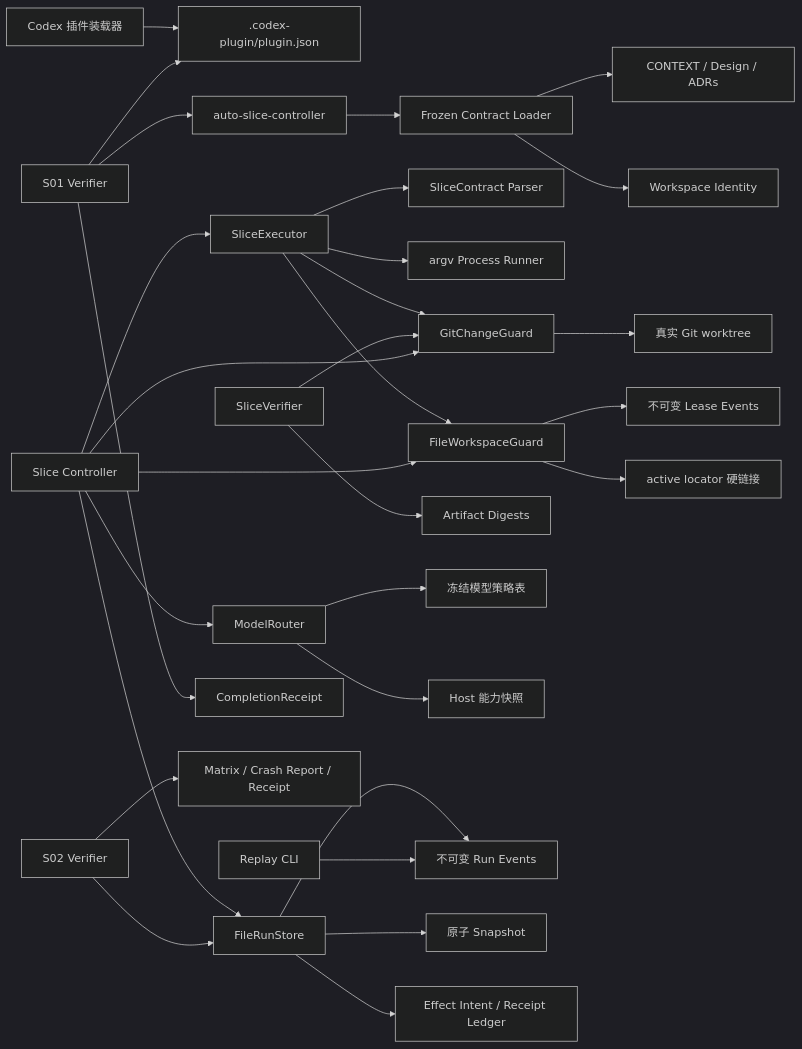
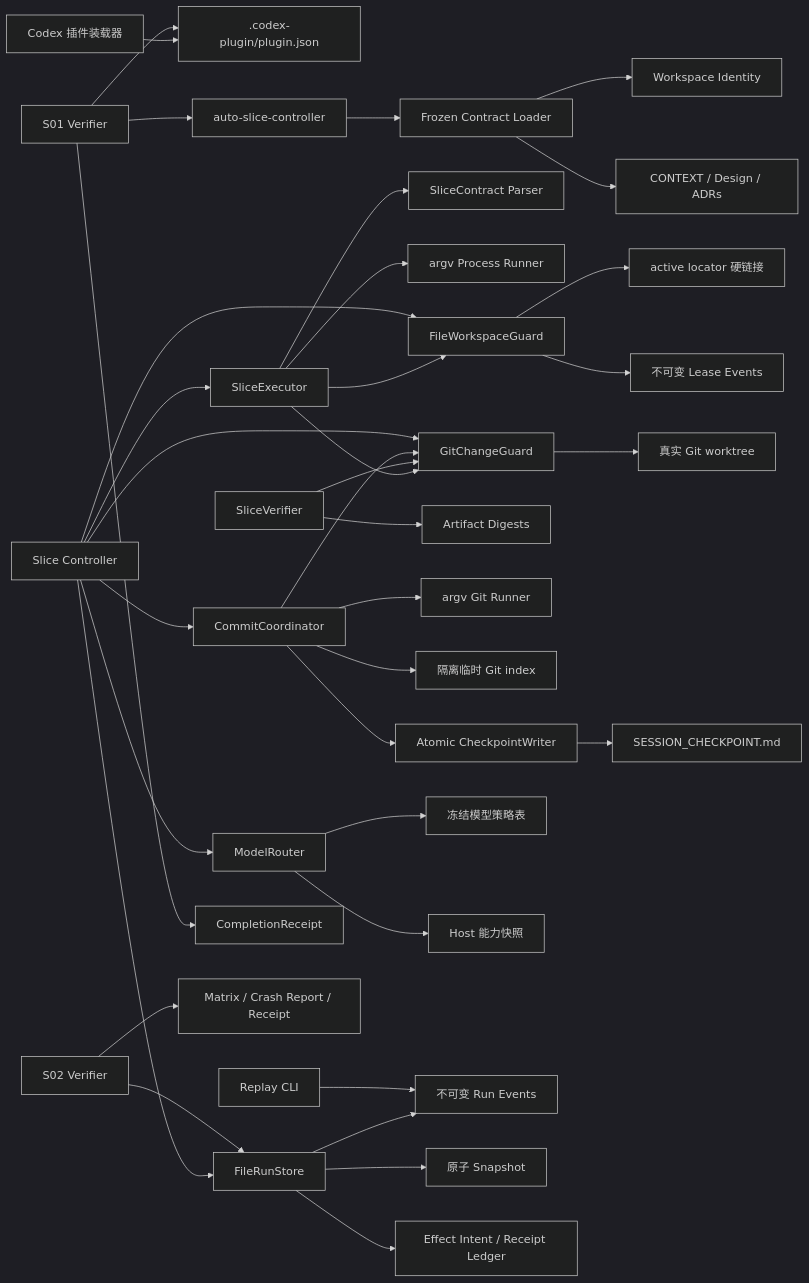
The diagram in docs/架构.md (adaelon/auto-slice), drawn with Mermaid (dark theme) before and after one commit. The commit also changed other lines of this file and 16 other files, not shown here.

Commit message:
feat: implement S06 commit and checkpoint coordination

````diff
--- a/docs/架构.md
+++ b/docs/架构.md
@@ -5,32 +5,38 @@
 ```mermaid
 flowchart LR
   Codex["Codex 插件装载器"] --> Manifest[".codex-plugin/plugin.json"]
   CLI["auto-slice-controller"] --> Loader["Frozen Contract Loader"]
   Loader --> Identity["Workspace Identity"]
   Loader --> Inputs["CONTEXT / Design / ADRs"]
   Controller["Slice Controller"] --> RunStore["FileRunStore"]
   Controller --> ModelRouter["ModelRouter"]
   Controller --> SliceExecutor["SliceExecutor"]
+  Controller --> CommitCoordinator["CommitCoordinator"]
   SliceExecutor --> ContractParser["SliceContract Parser"]
   SliceExecutor --> ProcessRunner["argv Process Runner"]
   SliceExecutor --> WorkspaceGuard
   SliceExecutor --> ChangeGuard
   SliceVerifier["SliceVerifier"] --> ChangeGuard
   SliceVerifier --> Artifacts["Artifact Digests"]
+  CommitCoordinator --> ChangeGuard
+  CommitCoordinator --> GitRunner["argv Git Runner"]
+  CommitCoordinator --> AlternateIndex["隔离临时 Git index"]
+  CommitCoordinator --> CheckpointWriter["Atomic CheckpointWriter"]
+  CheckpointWriter --> SessionCheckpoint["SESSION_CHECKPOINT.md"]
   ModelRouter --> PolicyTable["冻结模型策略表"]
   ModelRouter --> HostCapabilities["Host 能力快照"]
   RunStore --> Events["不可变 Run Events"]
   RunStore --> Snapshot["原子 Snapshot"]
   RunStore --> Effects["Effect Intent / Receipt Ledger"]
   Controller --> WorkspaceGuard["FileWorkspaceGuard"]
   WorkspaceGuard --> ActiveLease["active locator 硬链接"]
   WorkspaceGuard --> LeaseEvents["不可变 Lease Events"]
   Controller --> ChangeGuard["GitChangeGuard"]
   ChangeGuard --> Git["真实 Git worktree"]
   Replay["Replay CLI"] --> Events
   Verifier["S01 Verifier"] --> Manifest
   Verifier --> CLI
   Verifier --> Receipt["CompletionReceipt"]
   S02Verifier["S02 Verifier"] --> RunStore
   S02Verifier --> S02Evidence["Matrix / Crash Report / Receipt"]
 ```
````
